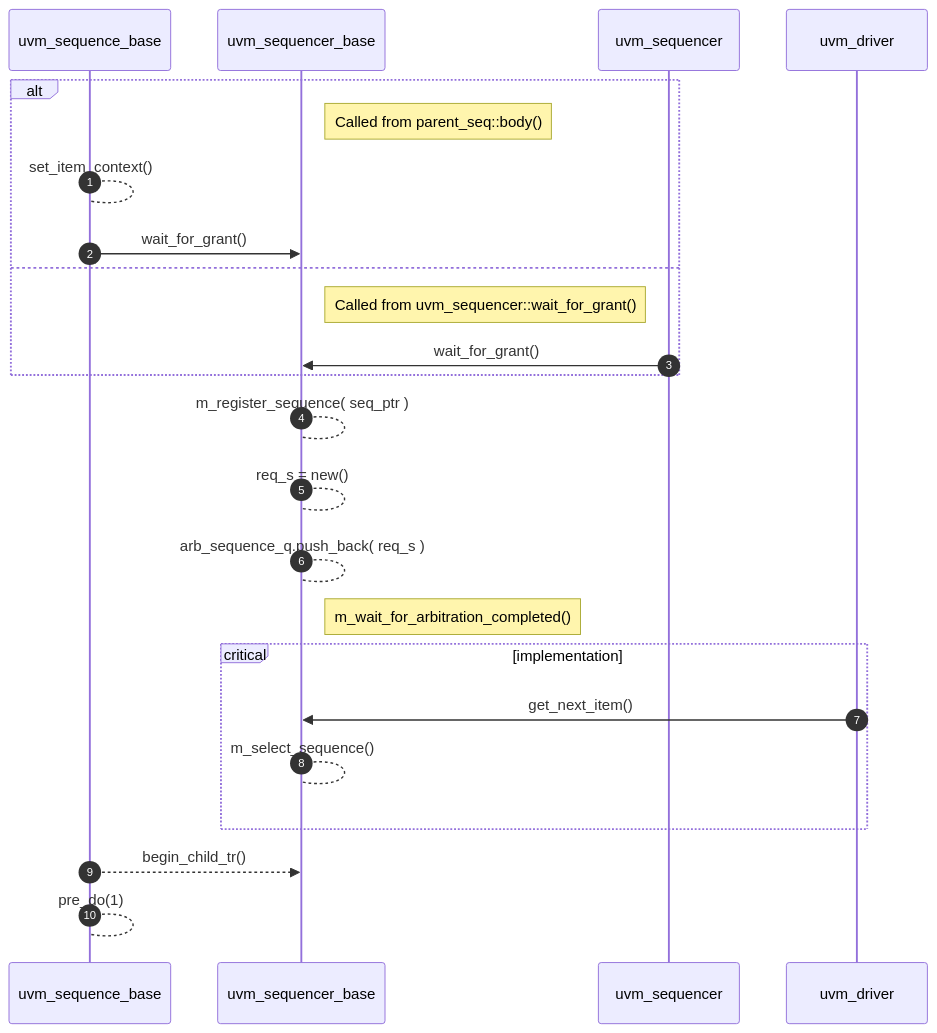
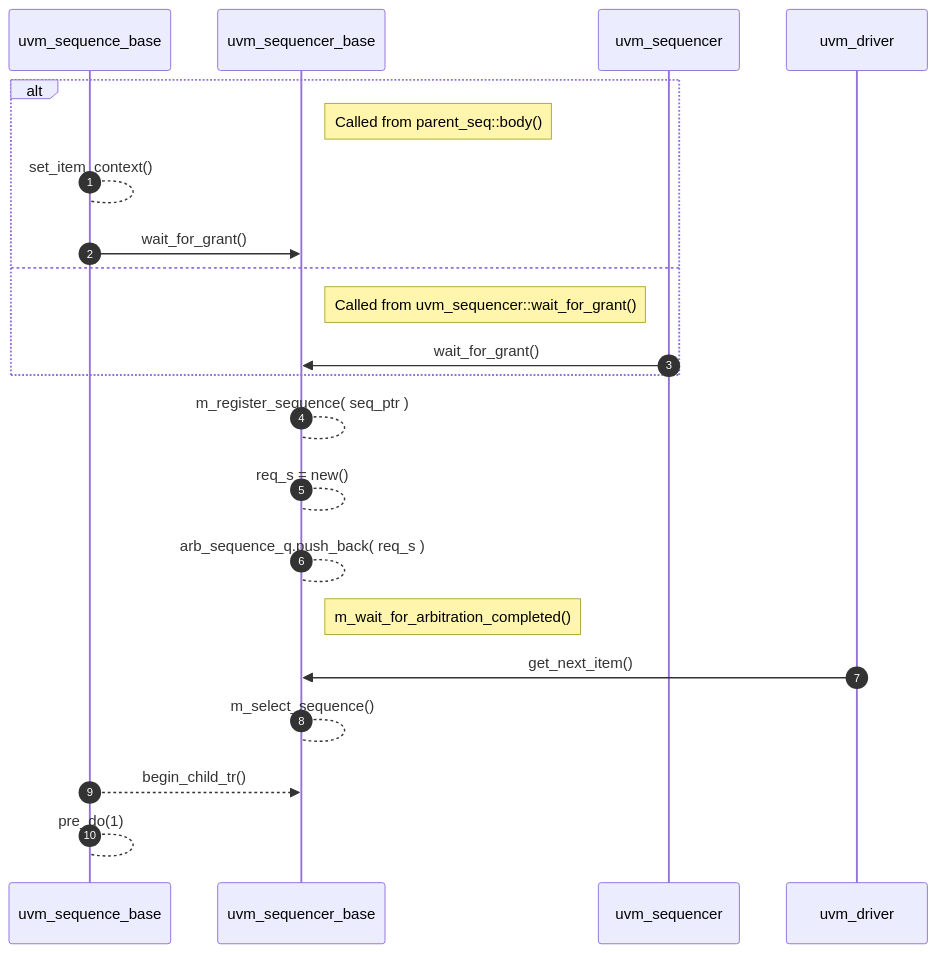
One commit to dsshin1us/uvm_info changed the second of 4 diagrams in sequence/sequence_base.md. Above: the diagram before and after it, drawn with Mermaid.

Commit message:
git hub really hates mermaid

````diff
--- a/sequence/sequence_base.md
+++ b/sequence/sequence_base.md
@@ -29,29 +29,29 @@
 ```mermaid
 sequenceDiagram
     participant uvm_sequence_base
     participant uvm_sequencer_base
     participant uvm_sequencer
     participant uvm_driver
     autonumber
         alt
             Note right of uvm_sequencer_base: Called from parent_seq::body()
             uvm_sequence_base --> uvm_sequence_base: set_item_context()
             uvm_sequence_base ->> uvm_sequencer_base: wait_for_grant()
         else
             Note right of uvm_sequencer_base: Called from uvm_sequencer::wait_for_grant()
             uvm_sequencer ->> uvm_sequencer_base: wait_for_grant()
         end
 
         uvm_sequencer_base --> uvm_sequencer_base: m_register_sequence( seq_ptr )
         uvm_sequencer_base --> uvm_sequencer_base: req_s = new()
         uvm_sequencer_base --> uvm_sequencer_base: arb_sequence_q.push_back( req_s )
         
         Note right of uvm_sequencer_base: m_wait_for_arbitration_completed()
-        critical implementation
+        
             uvm_driver ->> uvm_sequencer_base: get_next_item()
             uvm_sequencer_base --> uvm_sequencer_base: m_select_sequence()
-        end
+        
 
         uvm_sequence_base -->> uvm_sequencer_base: begin_child_tr()
         uvm_sequence_base --> uvm_sequence_base: pre_do(1)
 ```
````
